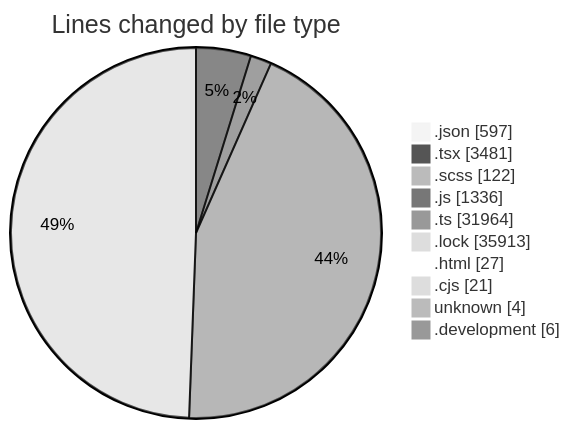
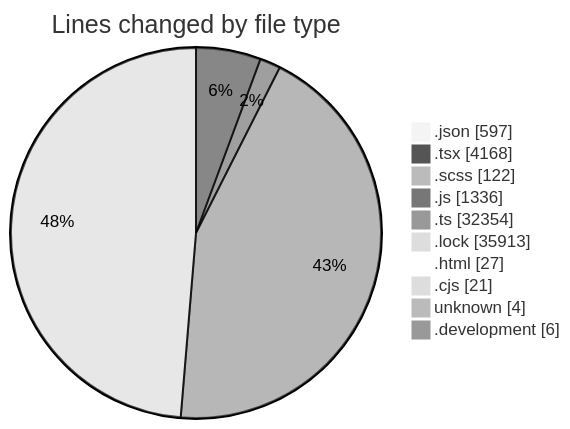
The first of 2 diagrams in 2026-09-03/cda/README.md (momahboobian/code-tracking), drawn with Mermaid (neutral theme) before and after one commit. The commit also changed other lines of this file and 1 other file, not shown here.

````diff
--- a/2026-09-03/cda/README.md
+++ b/2026-09-03/cda/README.md
@@ -67,14 +71,14 @@
 ```mermaid
 pie showData
 title Lines changed by file type
 ".json" : 597
-".tsx" : 3481
+".tsx" : 4168
 ".scss" : 122
 ".js" : 1336
-".ts" : 31964
+".ts" : 32354
 ".lock" : 35913
 ".html" : 27
 ".cjs" : 21
 "unknown" : 4
 ".development" : 6
 ```
````
